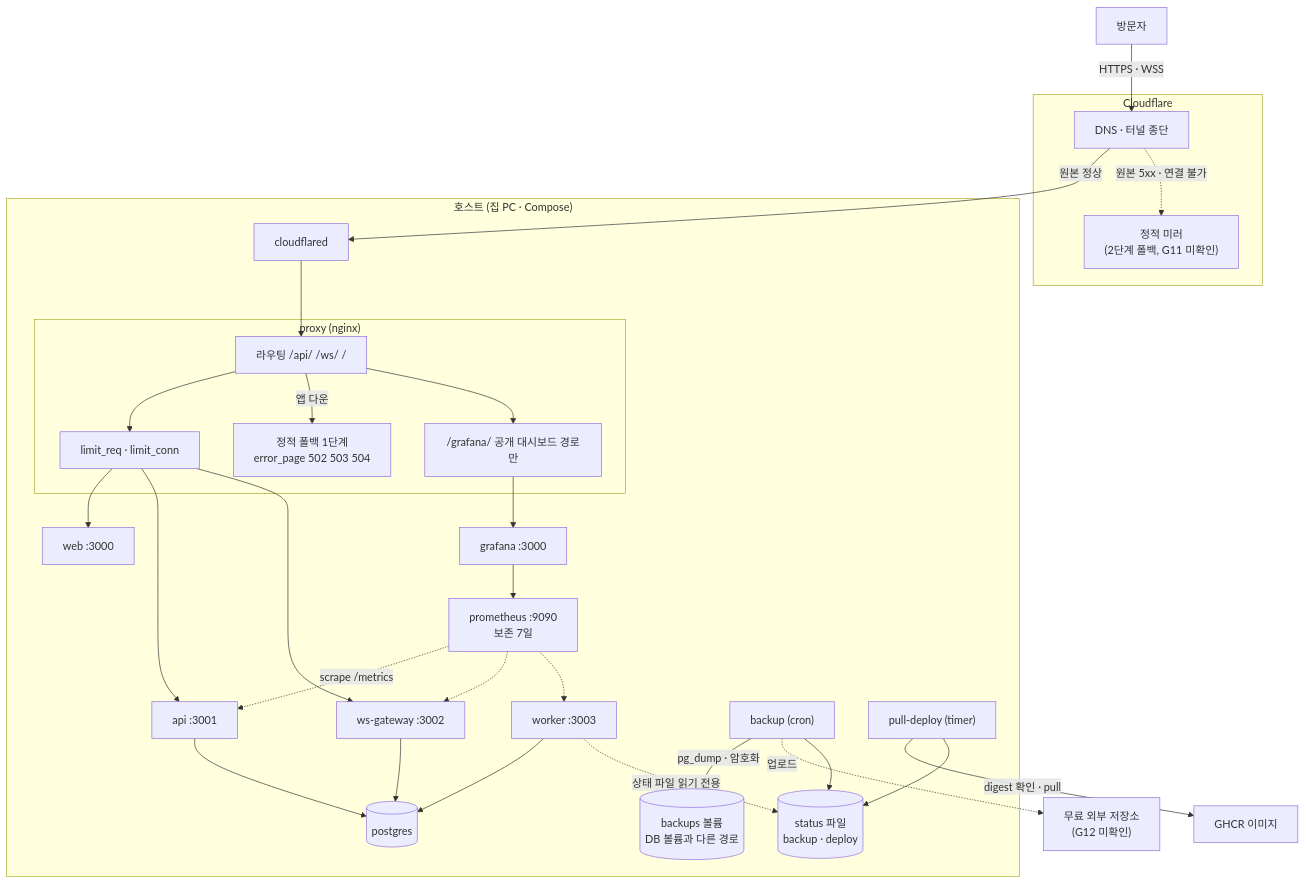
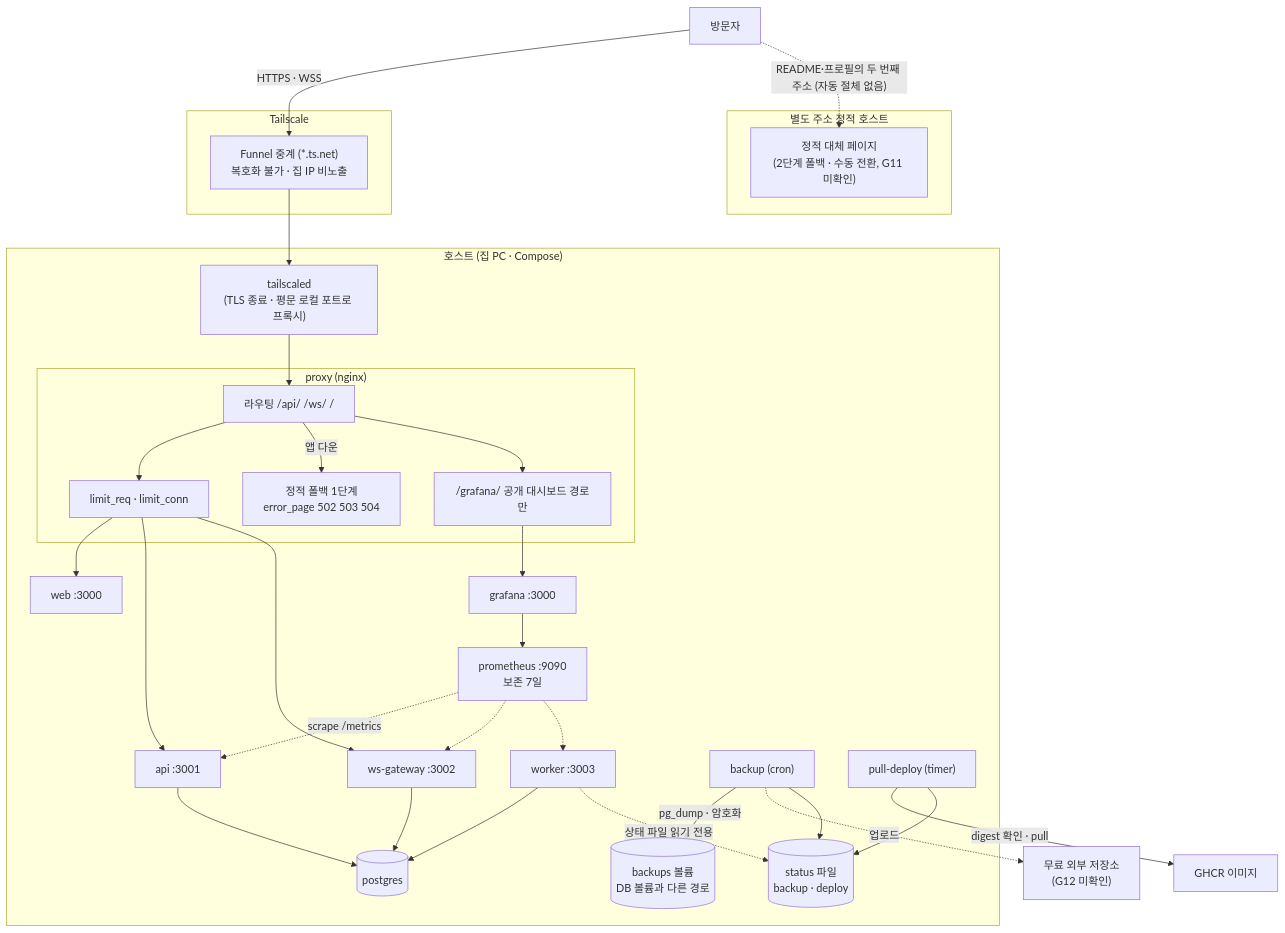
One commit to 1985jwlee/portpolio_backend changed the second of 41 diagrams in docs/design/features/17-ops-observability.md. Above: the diagram before and after it, drawn with Mermaid. The commit also changed other lines of this file and 50 other files, not shown here.

````diff
--- a/docs/design/features/17-ops-observability.md
+++ b/docs/design/features/17-ops-observability.md
@@ -70,55 +70,57 @@
 ```mermaid
 flowchart TB
     V["방문자"]
-    subgraph cf["Cloudflare"]
-        DNS["DNS · 터널 종단"]
-        MIR["정적 미러<br/>(2단계 폴백, G11 미확인)"]
+    subgraph ts["Tailscale"]
+        DNS["Funnel 중계 (*.ts.net)<br/>복호화 불가 · 집 IP 비노출"]
+    end
+    subgraph stat["별도 주소 정적 호스트"]
+        MIR["정적 대체 페이지<br/>(2단계 폴백 · 수동 전환, G11 미확인)"]
     end
     subgraph host["호스트 (집 PC · Compose)"]
-        CFD["cloudflared"]
+        CFD["tailscaled<br/>(TLS 종료 · 평문 로컬 포트로 프록시)"]
         subgraph px["proxy (nginx)"]
             RT["라우팅 /api/ /ws/ /"]
             LM["limit_req · limit_conn"]
             FB["정적 폴백 1단계<br/>error_page 502 503 504"]
             GP["/grafana/ 공개 대시보드 경로만"]
         end
         WEB["web :3000"]
         API["api :3001"]
         WSG["ws-gateway :3002"]
         WRK["worker :3003"]
         PG[("postgres")]
         PROM["prometheus :9090<br/>보존 7일"]
         GRAF["grafana :3000"]
         BK["backup (cron)"]
         VOL[("backups 볼륨<br/>DB 볼륨과 다른 경로")]
         PD["pull-deploy (timer)"]
         ST[("status 파일<br/>backup · deploy")]
     end
     GHCR["GHCR 이미지"]
     EXT["무료 외부 저장소<br/>(G12 미확인)"]
 
     V -->|"HTTPS · WSS"| DNS
-    DNS -->|"원본 정상"| CFD
-    DNS -.->|"원본 5xx · 연결 불가"| MIR
+    DNS --> CFD
+    V -.->|"README·프로필의 두 번째 주소 (자동 절체 없음)"| MIR
     CFD --> RT
     RT --> LM
     LM --> WEB
     LM --> API
     LM --> WSG
     RT -->|"앱 다운"| FB
     RT --> GP
     GP --> GRAF
     API --> PG
     WSG --> PG
     WRK --> PG
     PROM -.->|"scrape /metrics"| API
     PROM -.-> WSG
     PROM -.-> WRK
     GRAF --> PROM
     BK -->|"pg_dump · 암호화"| VOL
     BK -.->|"업로드"| EXT
     BK --> ST
     PD -->|"digest 확인 · pull"| GHCR
     PD --> ST
     WRK -.->|"상태 파일 읽기 전용"| ST
 ```
````
